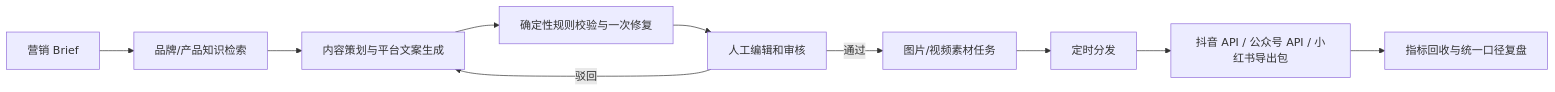
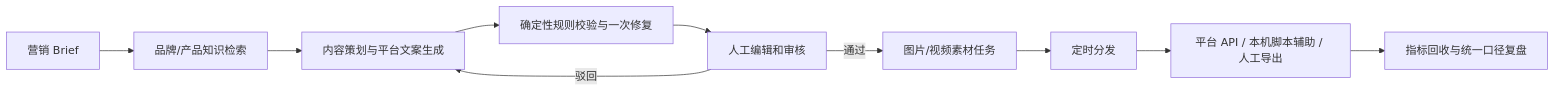
Before and after one commit to heee000/ContentFlow: the diagram in README.md, drawn with Mermaid. The commit also changed other lines of this file and 19 other files, not shown here.

````diff
--- a/README.md
+++ b/README.md
@@ -9,12 +9,12 @@
 ```mermaid
 flowchart LR
     A["营销 Brief"] --> B["品牌/产品知识检索"]
     B --> C["内容策划与平台文案生成"]
     C --> D["确定性规则校验与一次修复"]
     D --> E["人工编辑和审核"]
     E -->|通过| F["图片/视频素材任务"]
     E -->|驳回| C
     F --> G["定时分发"]
-    G --> H["抖音 API / 公众号 API / 小红书导出包"]
+    G --> H["平台 API / 本机脚本辅助 / 人工导出"]
     H --> I["指标回收与统一口径复盘"]
 ```
````
